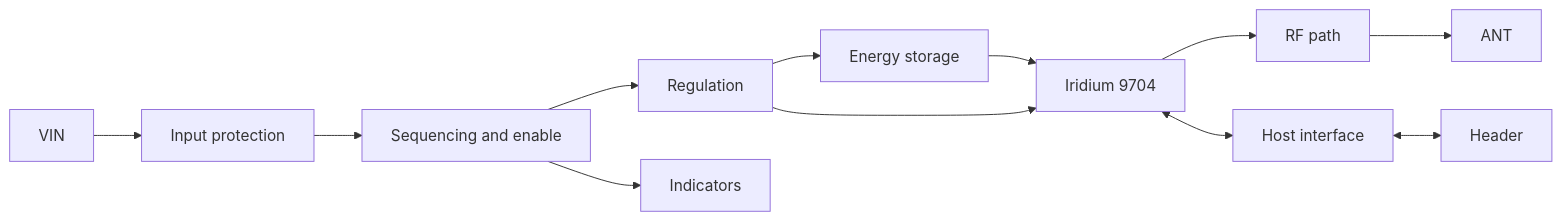
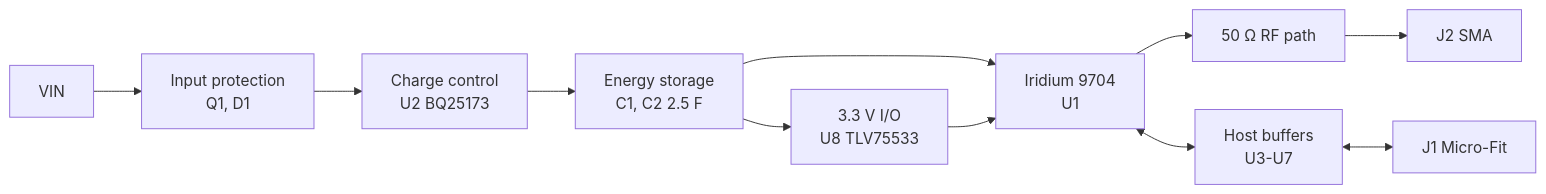
One commit to Telemetry-Station/sdk changed the diagram in BEAR_Module/hardware/schematics/README.md. Above: the diagram before and after it, drawn with Mermaid. The commit also changed other lines of this file and 25 other files, not shown here.

````diff
--- a/BEAR_Module/hardware/schematics/README.md
+++ b/BEAR_Module/hardware/schematics/README.md
@@ -7,11 +7,9 @@
 ```mermaid
 flowchart LR
-  VIN --> PROT[Input protection] --> SEQ[Sequencing and enable]
-  SEQ --> REG[Regulation]
-  REG --> STORE[Energy storage]
-  STORE --> MODEM[Iridium 9704]
-  REG --> MODEM
-  MODEM --> RF[RF path] --> ANT
-  MODEM <--> IF[Host interface] <--> HOST[Header]
-  SEQ --> IND[Indicators]
+  VIN --> PROT["Input protection<br/>Q1, D1"] --> CHG["Charge control<br/>U2 BQ25173"]
+  CHG --> STORE["Energy storage<br/>C1, C2 2.5 F"]
+  STORE --> MODEM["Iridium 9704<br/>U1"]
+  STORE --> REG["3.3 V I/O<br/>U8 TLV75533"] --> MODEM
+  MODEM --> RF["50 Ω RF path"] --> ANT["J2 SMA"]
+  MODEM <--> IF["Host buffers<br/>U3-U7"] <--> HOST["J1 Micro-Fit"]
 ```
````
